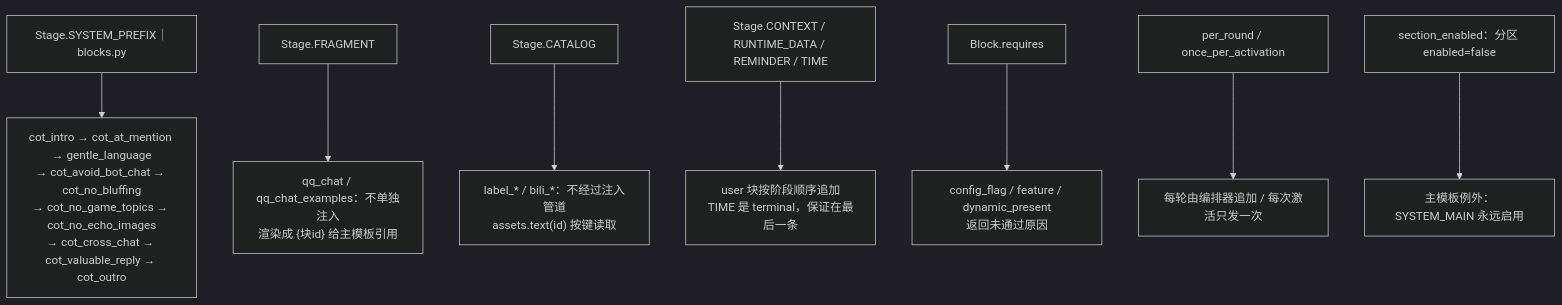
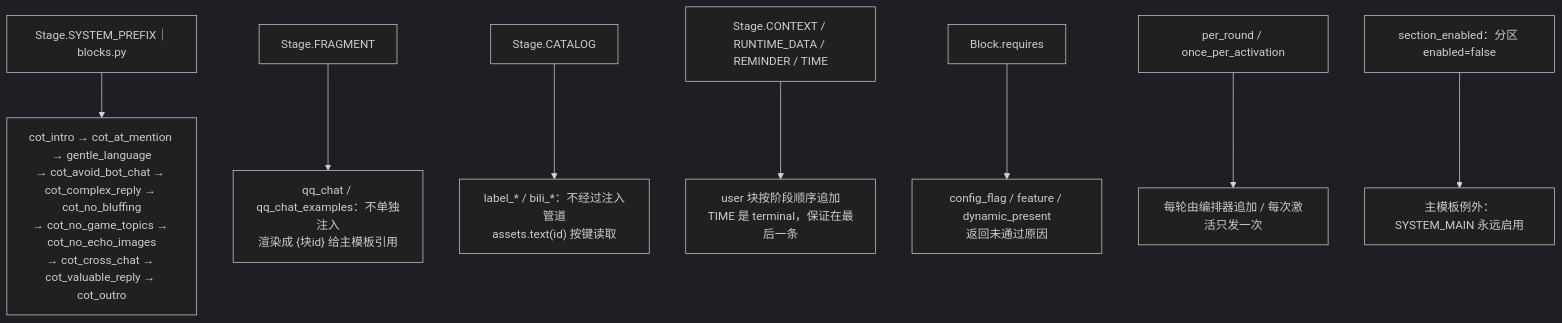
The fifth of 10 diagrams in docs/flow/24-prompt-chatflow.md (SuperQuail/NeoBot), drawn with Mermaid (dark theme) before and after one commit. The commit also changed 5 other files, not shown here.

````diff
--- a/docs/flow/24-prompt-chatflow.md
+++ b/docs/flow/24-prompt-chatflow.md
@@ -149,10 +149,10 @@
 ```mermaid
 flowchart TD
-    A["Stage.SYSTEM_PREFIX｜blocks.py"] --> A1["cot_intro → cot_at_mention → gentle_language<br/>→ cot_avoid_bot_chat → cot_no_bluffing<br/>→ cot_no_game_topics → cot_no_echo_images<br/>→ cot_cross_chat → cot_valuable_reply → cot_outro"]
+    A["Stage.SYSTEM_PREFIX｜blocks.py"] --> A1["cot_intro → cot_at_mention → gentle_language<br/>→ cot_avoid_bot_chat → cot_complex_reply → cot_no_bluffing<br/>→ cot_no_game_topics → cot_no_echo_images<br/>→ cot_cross_chat → cot_valuable_reply → cot_outro"]
     B["Stage.FRAGMENT"] --> B1["qq_chat / qq_chat_examples：不单独注入<br/>渲染成 {块id} 给主模板引用"]
     C["Stage.CATALOG"] --> C1["label_* / bili_*：不经过注入管道<br/>assets.text(id) 按键读取"]
     D["Stage.CONTEXT / RUNTIME_DATA / REMINDER / TIME"] --> D1["user 块按阶段顺序追加<br/>TIME 是 terminal，保证在最后一条"]
     E["Block.requires"] --> E1["config_flag / feature / dynamic_present<br/>返回未通过原因"]
     F["per_round / once_per_activation"] --> F1["每轮由编排器追加 / 每次激活只发一次"]
     G["section_enabled：分区 enabled=false"] --> G1["主模板例外：SYSTEM_MAIN 永远启用"]
 ```
````
